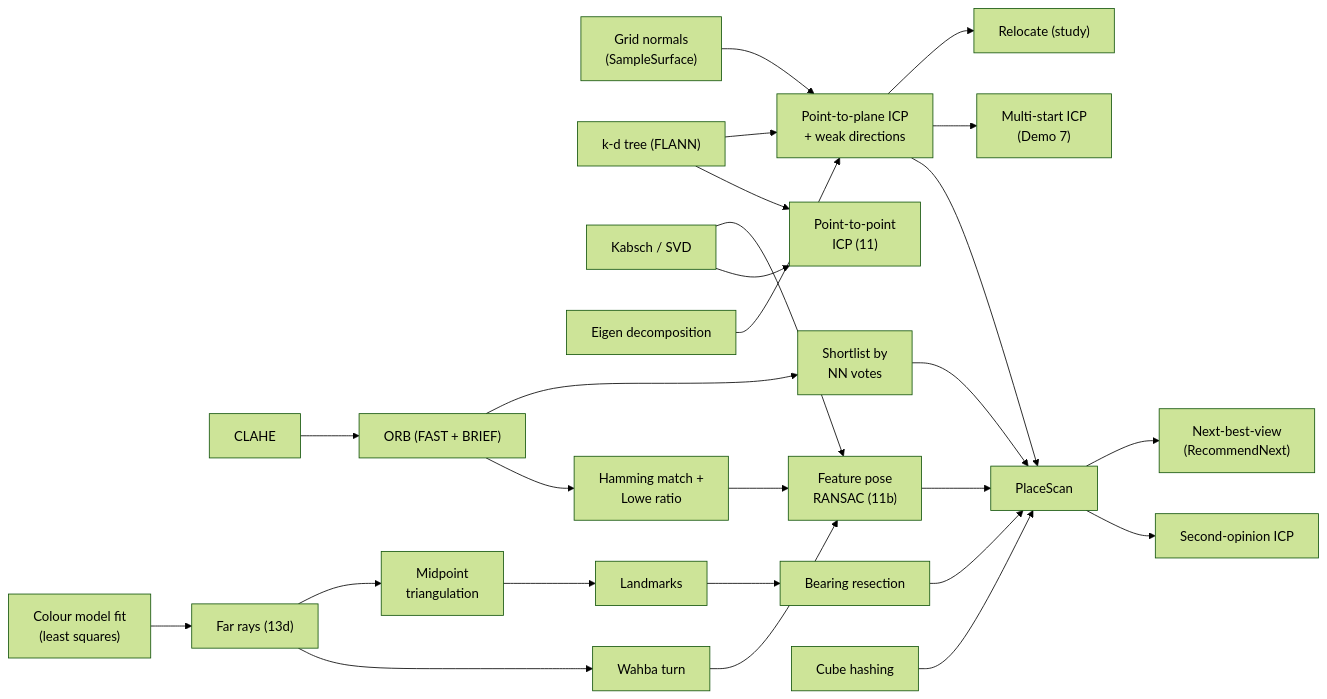
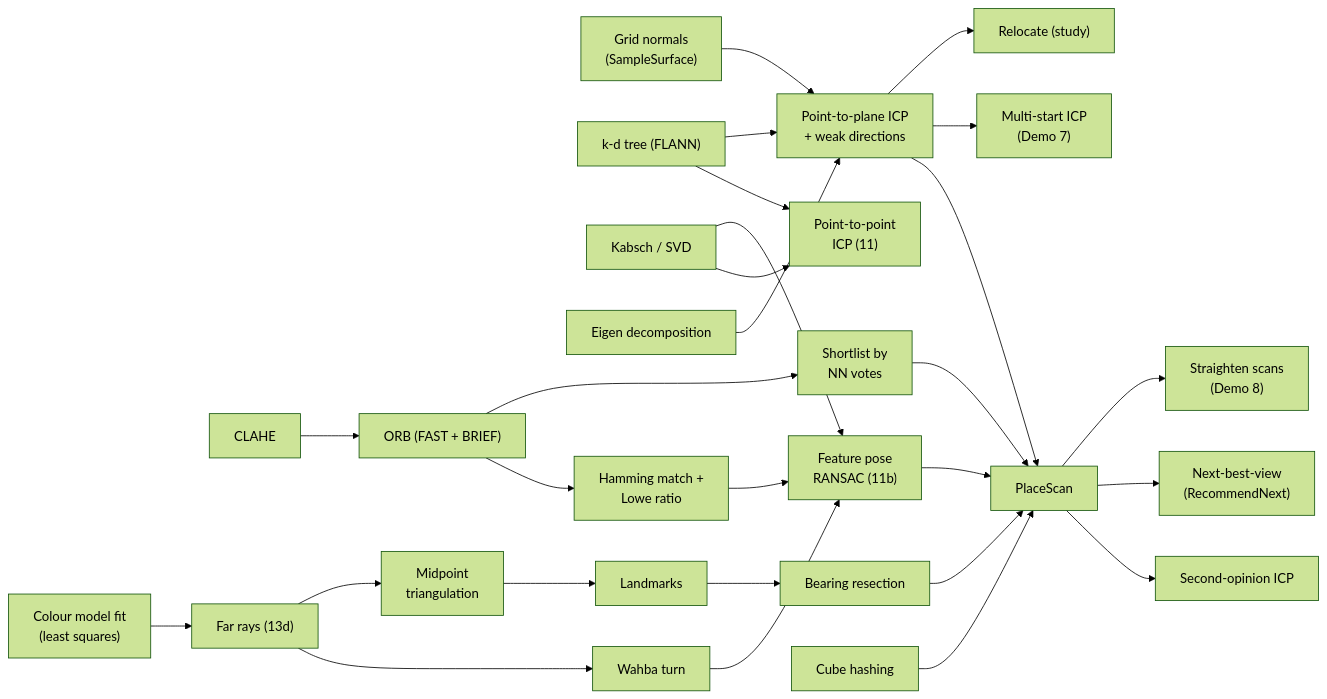
Before and after one commit to Kramav/Spotter: the fourth of 6 diagrams in docs/algorithms.md, drawn with Mermaid (forest theme). The commit also changed other lines of this file and 21 other files, not shown here.

````diff
--- a/docs/algorithms.md
+++ b/docs/algorithms.md
@@ -153,27 +153,28 @@
 ```mermaid
 flowchart LR
     norm["Grid normals<br/>(SampleSurface)"] --> p2l["Point-to-plane ICP<br/>+ weak directions"]
     kd["k-d tree (FLANN)"] --> p2p["Point-to-point<br/>ICP (11)"]
     kab["Kabsch / SVD"] --> p2p
     kd --> p2l
     eig["Eigen decomposition"] --> p2l
     clahe["CLAHE"] --> orb["ORB (FAST + BRIEF)"]
     orb --> ratio["Hamming match +<br/>Lowe ratio"]
     ratio --> fpose["Feature pose<br/>RANSAC (11b)"]
     kab --> fpose
     cm["Colour model fit<br/>(least squares)"] --> rays["Far rays (13d)"]
     rays --> wahba["Wahba turn"]
     wahba --> fpose
     rays --> tri["Midpoint<br/>triangulation"] --> lmk["Landmarks"]
     lmk --> bear["Bearing resection"]
     orb --> short["Shortlist by<br/>NN votes"]
     short --> place["PlaceScan"]
     fpose --> place
     bear --> place
     p2l --> place
     hash["Cube hashing"] --> place
     place --> second["Second-opinion ICP"]
     p2l --> locate["Multi-start ICP<br/>(Demo 7)"]
     p2l --> relo["Relocate (study)"]
     place --> nbv["Next-best-view<br/>(RecommendNext)"]
+    place --> straight["Straighten scans<br/>(Demo 8)"]
 ```
````
